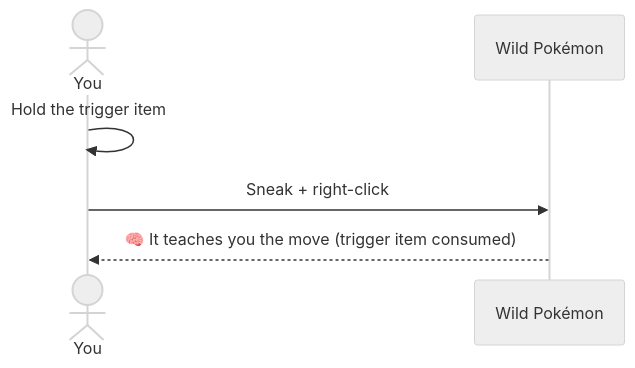
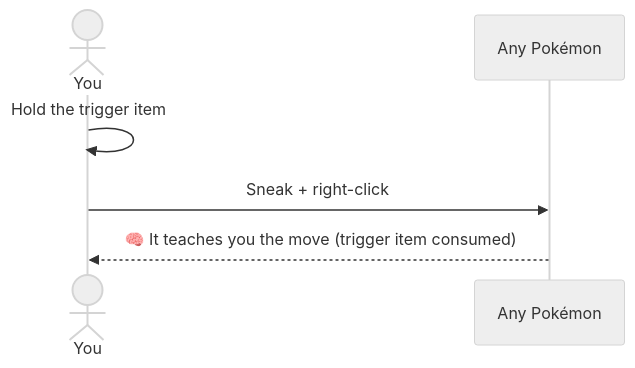
Before and after one commit to manucruzleiva/mod-wiki: the diagram in docs/ditto-hms/getting-started.md, drawn with Mermaid (neutral theme). The commit also changed other lines of this file and 35 other files, not shown here.

````diff
--- a/docs/ditto-hms/getting-started.md
+++ b/docs/ditto-hms/getting-started.md
@@ -5,8 +5,8 @@
 ```mermaid
 sequenceDiagram
     actor You
-    participant P as Wild Pokémon
+    participant P as Any Pokémon
     You->>You: Hold the trigger item
     You->>P: Sneak + right-click
     P-->>You: 🧠 It teaches you the move (trigger item consumed)
 ```
````
